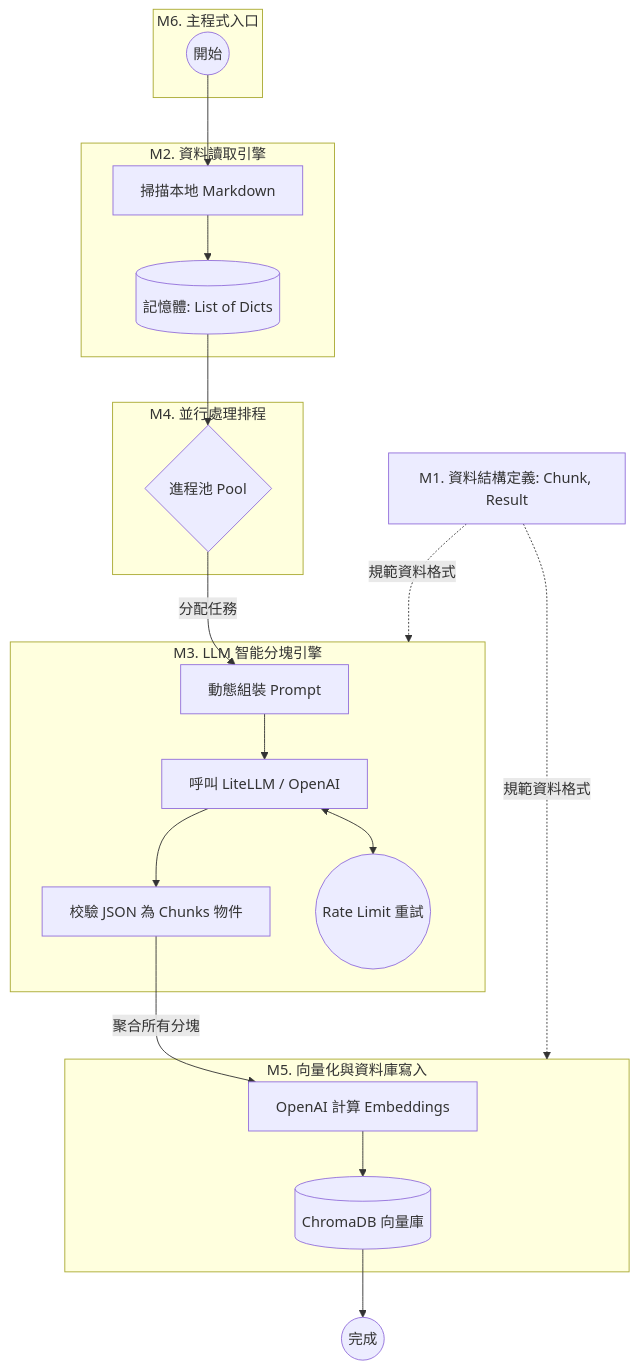
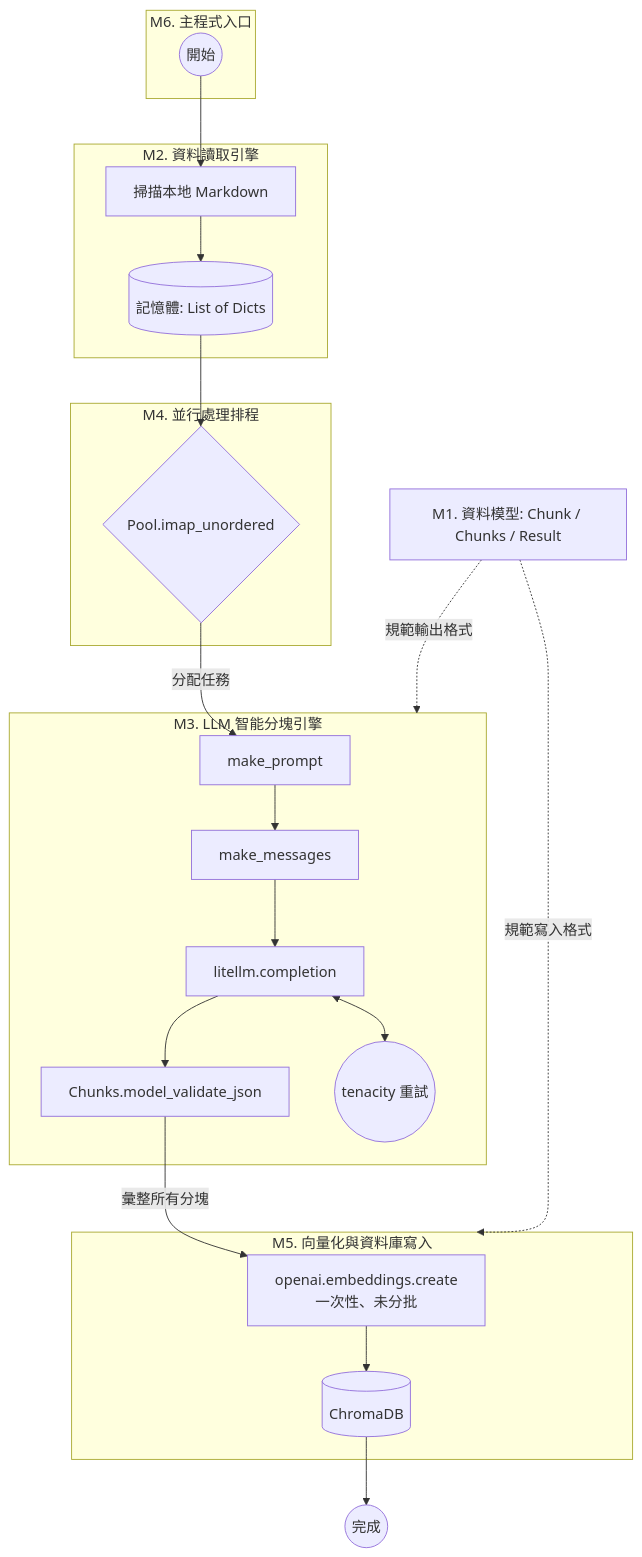
The first of 2 diagrams in docs/architecture/ingest-overview.md (teddy7x7/company-rag), drawn with Mermaid before and after one commit. The commit also changed other lines of this file and 8 other files, not shown here.

````diff
--- a/docs/architecture/ingest-overview.md
+++ b/docs/architecture/ingest-overview.md
@@ -110,47 +91,43 @@
 ```mermaid
 graph TD
-    %% M6 是主控中心
     subgraph M6 [M6. 主程式入口]
         Start((開始))
     end
 
-    %% M2 負責資料來源
     subgraph M2 [M2. 資料讀取引擎]
         Fetch[掃描本地 Markdown]
         RawDocs[(記憶體: List of Dicts)]
     end
 
-    %% M4 & M3 負責轉換 (Transform)
     subgraph M4 [M4. 並行處理排程]
-        Pool{進程池 Pool}
+        Pool{Pool.imap_unordered}
     end
 
     subgraph M3 [M3. LLM 智能分塊引擎]
-        Prompt[動態組裝 Prompt]
-        LLM[呼叫 LiteLLM / OpenAI]
-        Pydantic[校驗 JSON 為 Chunks 物件]
-        Retry((Rate Limit 重試))
+        Prompt[make_prompt]
+        Msg[make_messages]
+        LLM[litellm.completion]
+        Validate[Chunks.model_validate_json]
+        Retry((tenacity 重試))
     end
 
-    %% M5 負責儲存 (Load)
     subgraph M5 [M5. 向量化與資料庫寫入]
-        Embed[OpenAI 計算 Embeddings]
-        Chroma[(ChromaDB 向量庫)]
+        Embed[openai.embeddings.create<br/>一次性、未分批]
+        Chroma[(ChromaDB)]
     end
 
-    %% M1 是全域的資料約定
-    M1_Data[M1. 資料結構定義: Chunk, Result] -. 規範資料格式 .-> M3
-    M1_Data -. 規範資料格式 .-> M5
+    M1[M1. 資料模型: Chunk / Chunks / Result] -. 規範輸出格式 .-> M3
+    M1 -. 規範寫入格式 .-> M5
 
-    %% 流程邏輯
     Start --> Fetch
     Fetch --> RawDocs
     RawDocs --> Pool
     Pool -- 分配任務 --> Prompt
-    Prompt --> LLM
+    Prompt --> Msg
+    Msg --> LLM
     LLM <--> Retry
-    LLM --> Pydantic
-    Pydantic -- 聚合所有分塊 --> Embed
+    LLM --> Validate
+    Validate -- 彙整所有分塊 --> Embed
     Embed --> Chroma
     Chroma --> Done((完成))
 ```
````
